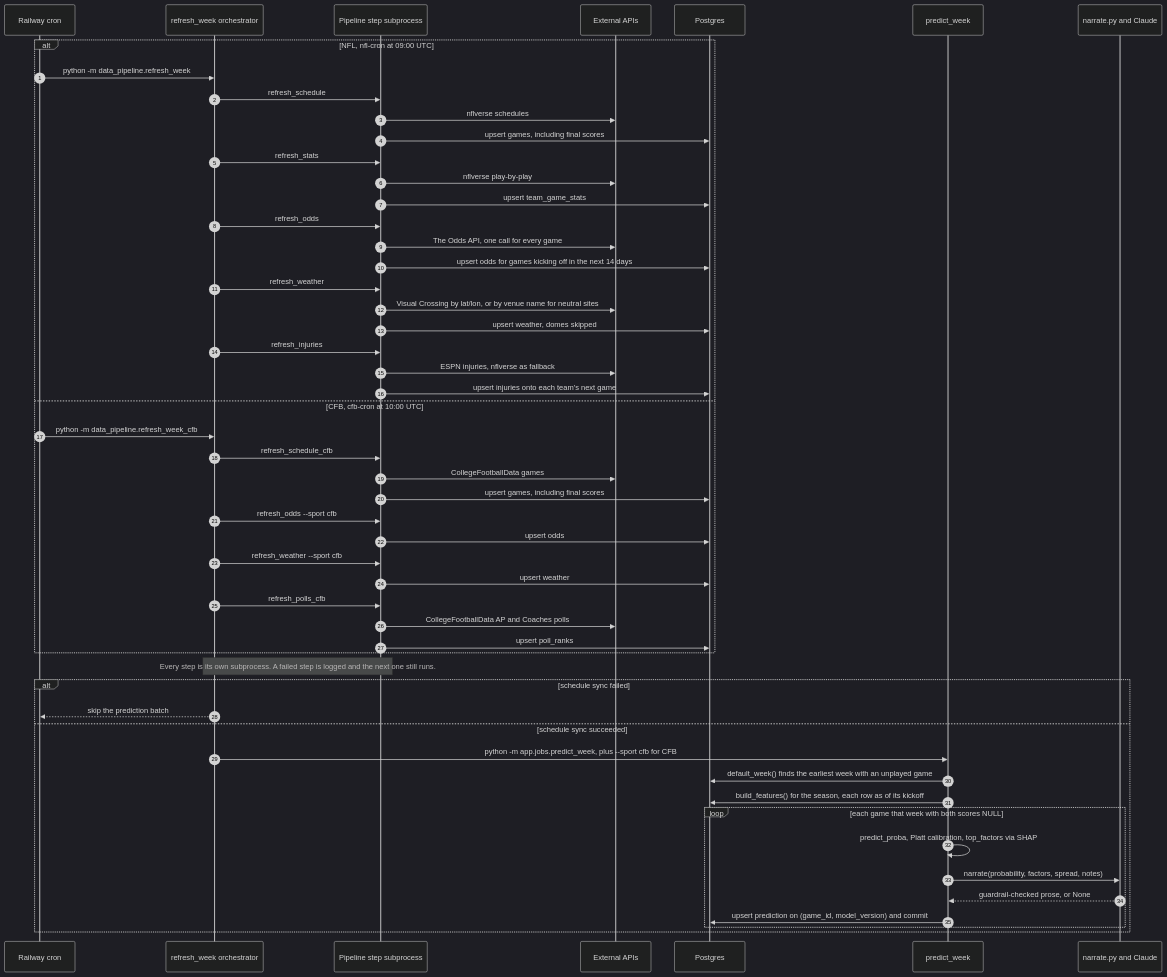
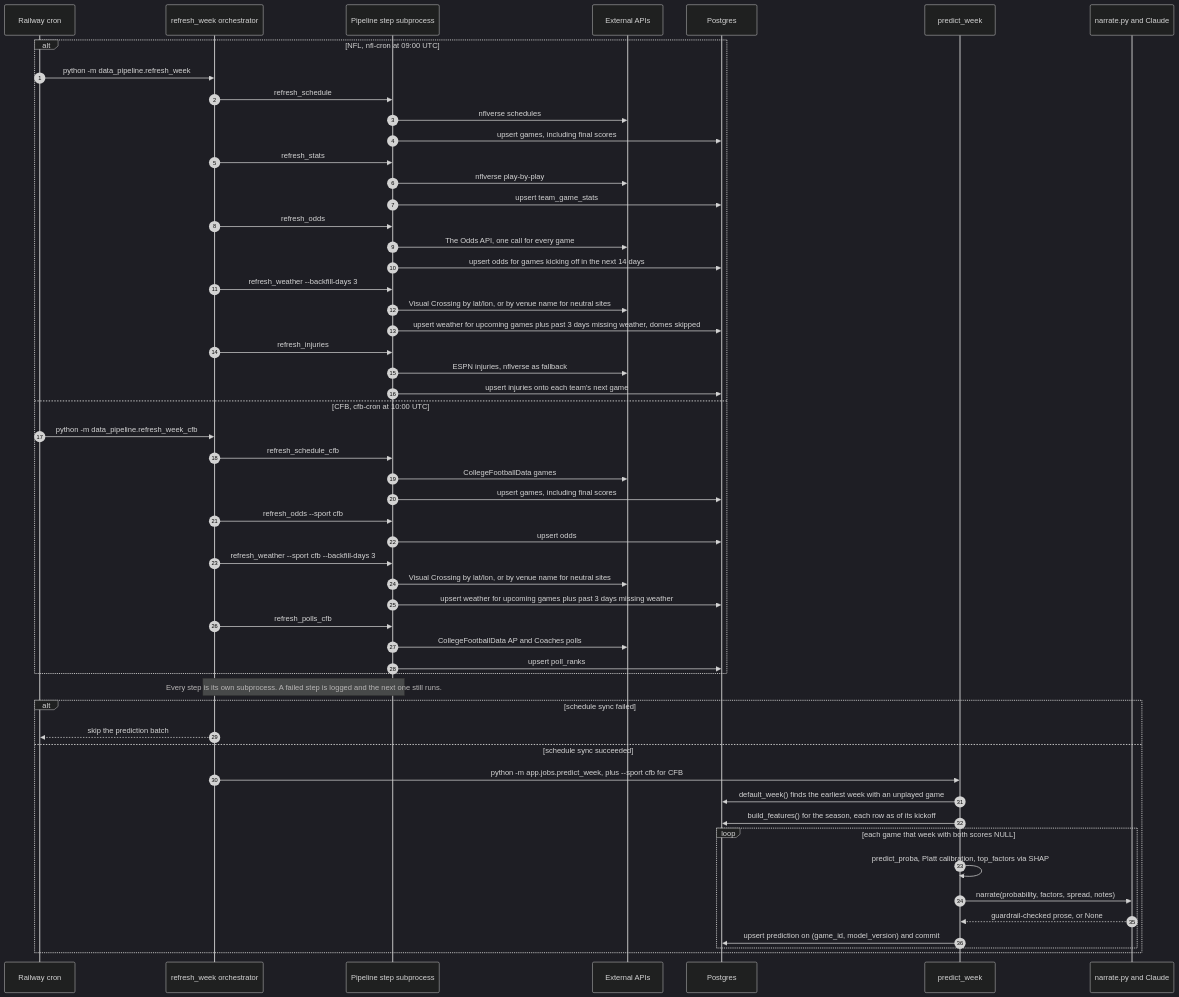
One commit to carterptull/blitzcast changed the diagram in diagrams/daily-refresh-sequence.md. Above: the diagram before and after it, drawn with Mermaid (dark theme). The commit also changed other lines of this file and 16 other files, not shown here.

Commit message:
docs: changelog, decisions, diagrams, and version for 1.0.12

````diff
--- a/diagrams/daily-refresh-sequence.md
+++ b/diagrams/daily-refresh-sequence.md
@@ -6,56 +6,57 @@
 ```mermaid
 sequenceDiagram
     autonumber
     participant R as Railway cron
     participant O as refresh_week orchestrator
     participant P as Pipeline step subprocess
     participant X as External APIs
     participant DB as Postgres
     participant J as predict_week
     participant L as narrate.py and Claude
 
     alt NFL, nfl-cron at 09:00 UTC
         R->>O: python -m data_pipeline.refresh_week
         O->>P: refresh_schedule
         P->>X: nflverse schedules
         P->>DB: upsert games, including final scores
         O->>P: refresh_stats
         P->>X: nflverse play-by-play
         P->>DB: upsert team_game_stats
         O->>P: refresh_odds
         P->>X: The Odds API, one call for every game
         P->>DB: upsert odds for games kicking off in the next 14 days
-        O->>P: refresh_weather
+        O->>P: refresh_weather --backfill-days 3
         P->>X: Visual Crossing by lat/lon, or by venue name for neutral sites
-        P->>DB: upsert weather, domes skipped
+        P->>DB: upsert weather for upcoming games plus past 3 days missing weather, domes skipped
         O->>P: refresh_injuries
         P->>X: ESPN injuries, nflverse as fallback
         P->>DB: upsert injuries onto each team's next game
     else CFB, cfb-cron at 10:00 UTC
         R->>O: python -m data_pipeline.refresh_week_cfb
         O->>P: refresh_schedule_cfb
         P->>X: CollegeFootballData games
         P->>DB: upsert games, including final scores
         O->>P: refresh_odds --sport cfb
         P->>DB: upsert odds
-        O->>P: refresh_weather --sport cfb
-        P->>DB: upsert weather
+        O->>P: refresh_weather --sport cfb --backfill-days 3
+        P->>X: Visual Crossing by lat/lon, or by venue name for neutral sites
+        P->>DB: upsert weather for upcoming games plus past 3 days missing weather
         O->>P: refresh_polls_cfb
         P->>X: CollegeFootballData AP and Coaches polls
         P->>DB: upsert poll_ranks
     end
     Note over O,P: Every step is its own subprocess. A failed step is logged and the next one still runs.
     alt schedule sync failed
         O-->>R: skip the prediction batch
     else schedule sync succeeded
         O->>J: python -m app.jobs.predict_week, plus --sport cfb for CFB
         J->>DB: default_week() finds the earliest week with an unplayed game
         J->>DB: build_features() for the season, each row as of its kickoff
         loop each game that week with both scores NULL
             J->>J: predict_proba, Platt calibration, top_factors via SHAP
             J->>L: narrate(probability, factors, spread, notes)
             L-->>J: guardrail-checked prose, or None
             J->>DB: upsert prediction on (game_id, model_version) and commit
         end
     end
 ```
````
